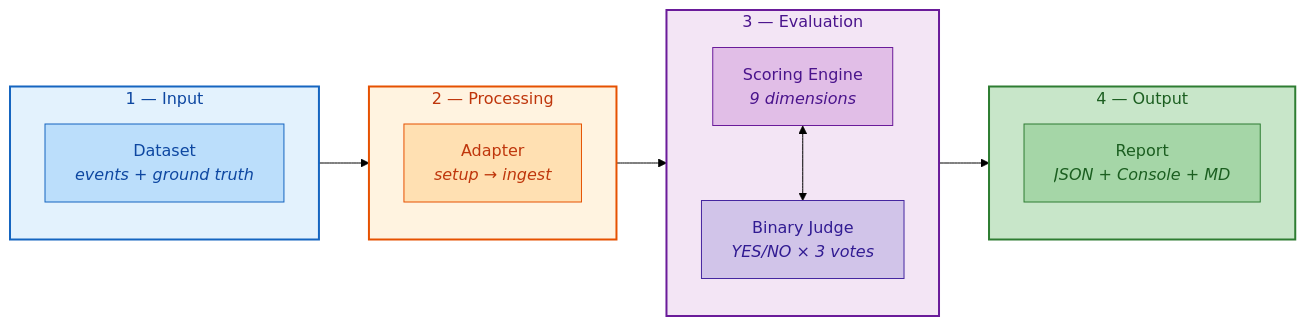
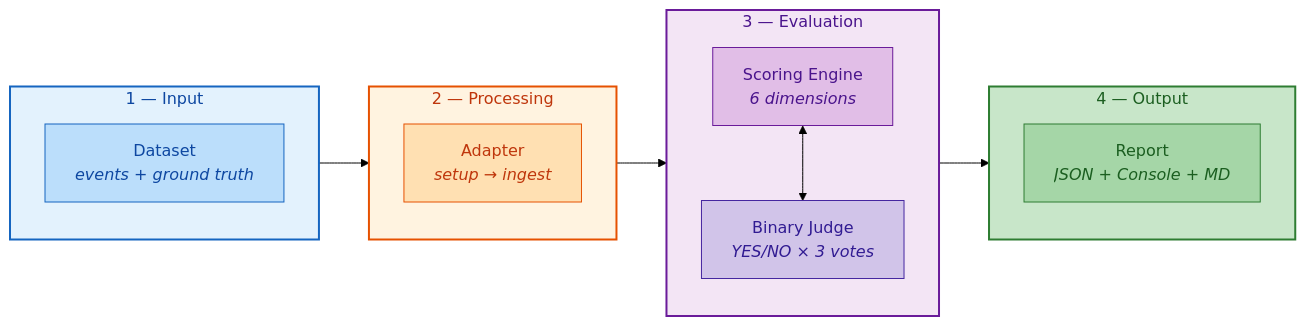
The first of 3 diagrams in METHODOLOGY.md (Contextually-AI/cri-benchmark), drawn with Mermaid (forest theme) before and after one commit. The commit also changed other lines of this file and 48 other files, not shown here.

````diff
--- a/METHODOLOGY.md
+++ b/METHODOLOGY.md
@@ -48,32 +48,32 @@
 ```mermaid
 flowchart LR
     subgraph input["1 — Input"]
         DS["Dataset<br/><i>events + ground truth</i>"]
     end
 
     subgraph process["2 — Processing"]
         AD["Adapter<br/><i>setup → ingest</i>"]
     end
 
     subgraph eval["3 — Evaluation"]
-        SC["Scoring Engine<br/><i>9 dimensions</i>"]
+        SC["Scoring Engine<br/><i>6 dimensions</i>"]
         JG["Binary Judge<br/><i>YES/NO × 3 votes</i>"]
         SC <--> JG
     end
 
     subgraph output["4 — Output"]
         RP["Report<br/><i>JSON + Console + MD</i>"]
     end
 
     input --> process --> eval --> output
 
     style input fill:#e3f2fd,stroke:#1565c0,stroke-width:2px,color:#0d47a1
     style process fill:#fff3e0,stroke:#e65100,stroke-width:2px,color:#bf360c
     style eval fill:#f3e5f5,stroke:#6a1b9a,stroke-width:2px,color:#4a148c
     style output fill:#c8e6c9,stroke:#2e7d32,stroke-width:2px,color:#1b5e20
     style DS fill:#bbdefb,stroke:#1565c0,color:#0d47a1
     style AD fill:#ffe0b2,stroke:#e65100,color:#bf360c
     style SC fill:#e1bee7,stroke:#6a1b9a,color:#4a148c
     style JG fill:#d1c4e9,stroke:#4527a0,color:#311b92
     style RP fill:#a5d6a7,stroke:#2e7d32,color:#1b5e20
 ```
````
